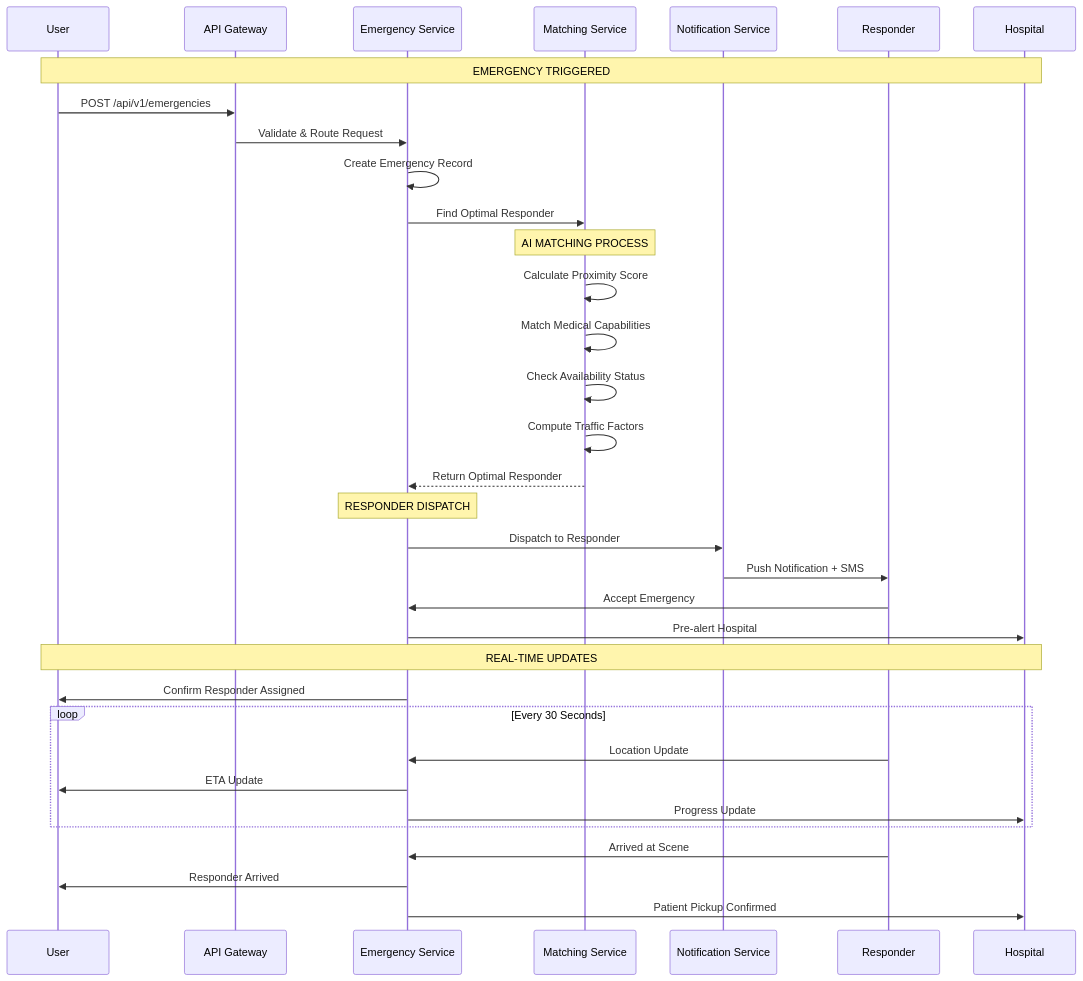
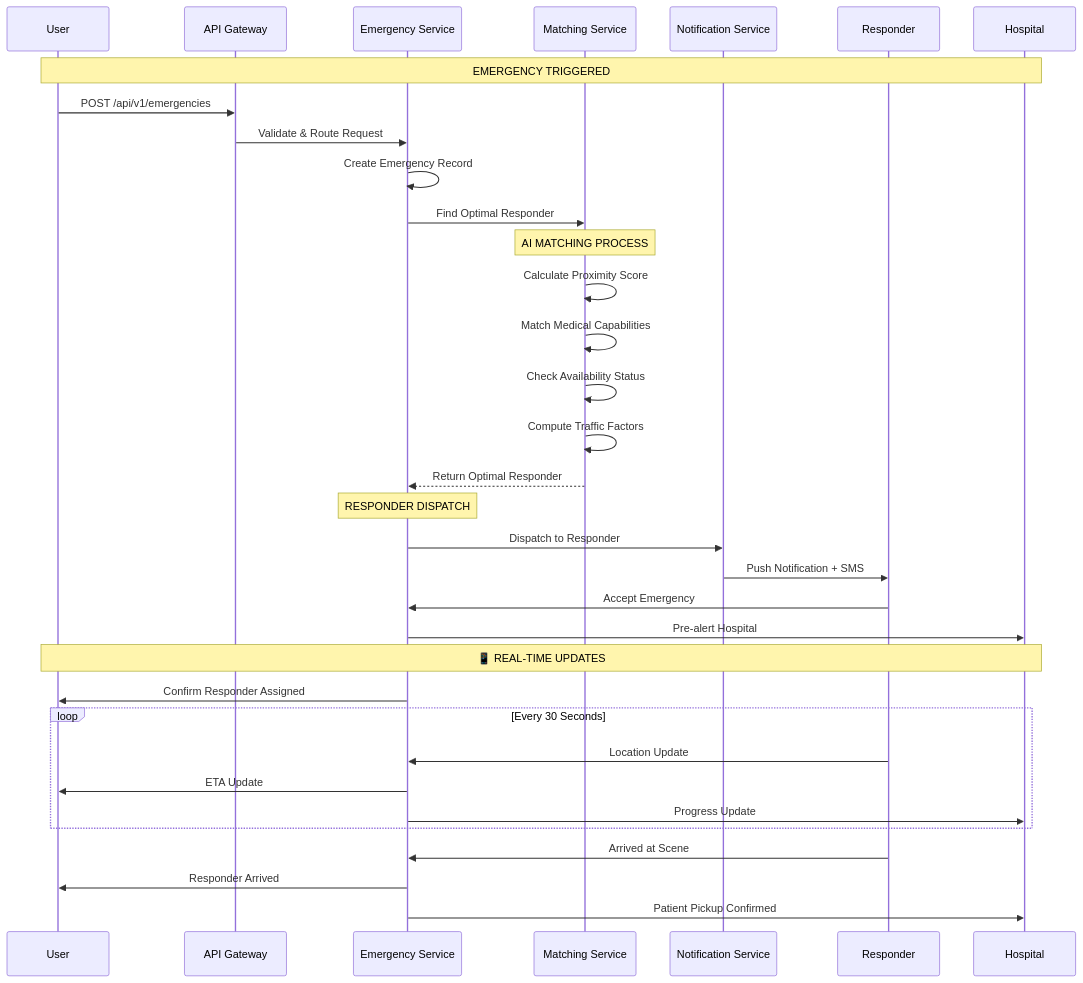
Before and after one commit to Eshowoebgar/awalife-emergency-app: the diagram in systemArchitecture.md, drawn with Mermaid. The commit also changed other lines of this file, not shown here.

Commit message:
communication flow diagram added

````diff
--- a/systemArchitecture.md
+++ b/systemArchitecture.md
@@ -491,41 +335,41 @@
 ```mermaid
 sequenceDiagram
     participant U as User
     participant G as API Gateway
     participant ES as Emergency Service
     participant MS as Matching Service
     participant NS as Notification Service
     participant R as Responder
     participant H as Hospital
     
     Note over U,H:  EMERGENCY TRIGGERED
     U->>G: POST /api/v1/emergencies
     G->>ES: Validate & Route Request
     ES->>ES: Create Emergency Record
     ES->>MS: Find Optimal Responder
     
     Note over MS:  AI MATCHING PROCESS
     MS->>MS: Calculate Proximity Score
     MS->>MS: Match Medical Capabilities
     MS->>MS: Check Availability Status
     MS->>MS: Compute Traffic Factors
     MS-->>ES: Return Optimal Responder
     
     Note over ES:  RESPONDER DISPATCH
     ES->>NS: Dispatch to Responder
     NS->>R: Push Notification + SMS
     R->>ES: Accept Emergency
     ES->>H: Pre-alert Hospital
     
-    Note over U,H:  REAL-TIME UPDATES
+    Note over U,H: 📱 REAL-TIME UPDATES
     ES->>U: Confirm Responder Assigned
     loop Every 30 Seconds
         R->>ES: Location Update
         ES->>U: ETA Update
         ES->>H: Progress Update
     end
     
     R->>ES: Arrived at Scene
     ES->>U: Responder Arrived
     ES->>H: Patient Pickup Confirmed
 ```
````
